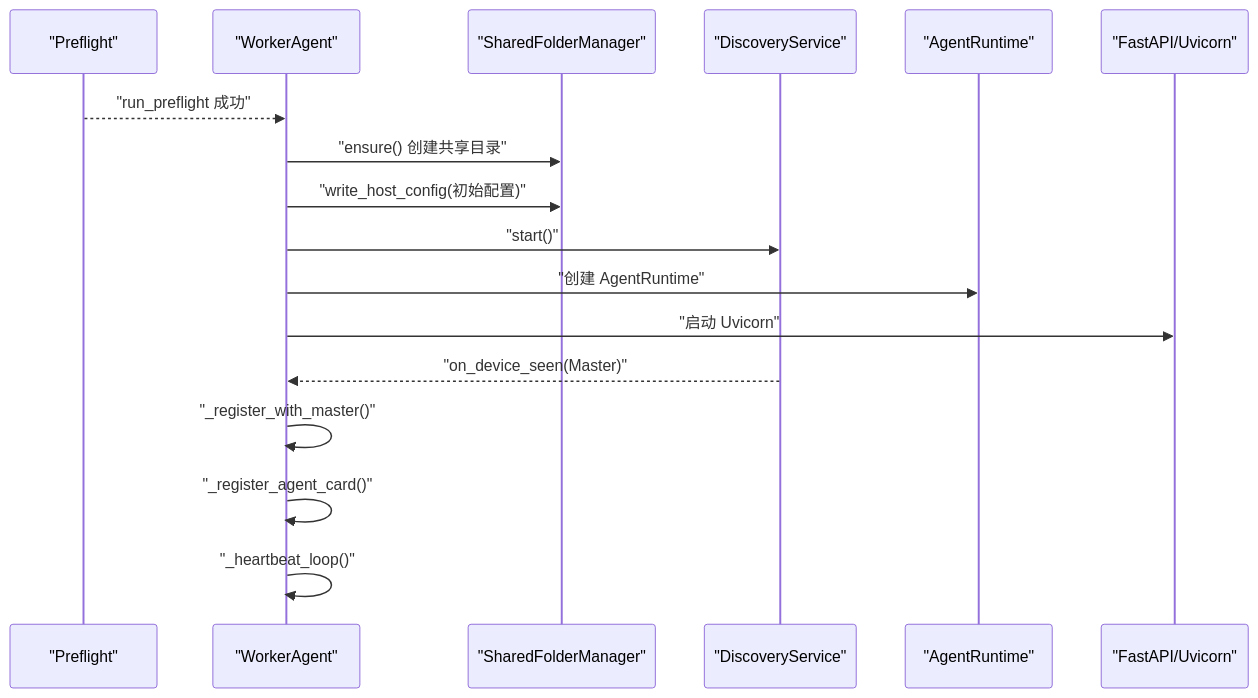
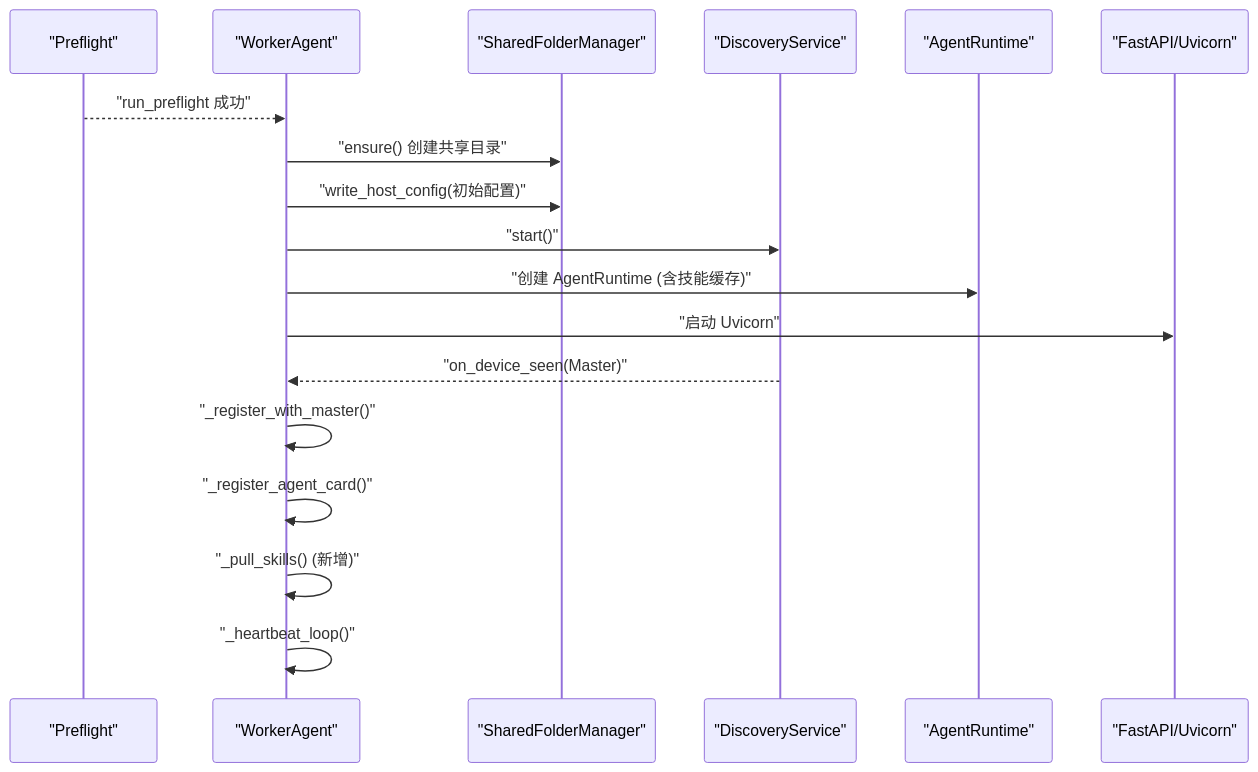
One commit to targalian/Personal-distributed-workstation changed the ninth of 11 diagrams in .qoder/repowiki/zh/content/架构设计/Worker 代理/Worker 代理.md. Above: the diagram before and after it, drawn with Mermaid. The commit also changed other lines of this file and 92 other files, not shown here.

````diff
--- a/.qoder/repowiki/zh/content/架构设计/Worker 代理/Worker 代理.md
+++ b/.qoder/repowiki/zh/content/架构设计/Worker 代理/Worker 代理.md
@@ -338,19 +421,20 @@
 ```mermaid
 sequenceDiagram
 participant Preflight as "Preflight"
 participant Worker as "WorkerAgent"
 participant SF as "SharedFolderManager"
 participant DS as "DiscoveryService"
 participant AR as "AgentRuntime"
 participant API as "FastAPI/Uvicorn"
 Preflight-->>Worker : "run_preflight 成功"
 Worker->>SF : "ensure() 创建共享目录"
 Worker->>SF : "write_host_config(初始配置)"
 Worker->>DS : "start()"
-Worker->>AR : "创建 AgentRuntime"
+Worker->>AR : "创建 AgentRuntime (含技能缓存)"
 Worker->>API : "启动 Uvicorn"
 DS-->>Worker : "on_device_seen(Master)"
 Worker->>Worker : "_register_with_master()"
 Worker->>Worker : "_register_agent_card()"
+Worker->>Worker : "_pull_skills() (新增)"
 Worker->>Worker : "_heartbeat_loop()"
 ```
````
